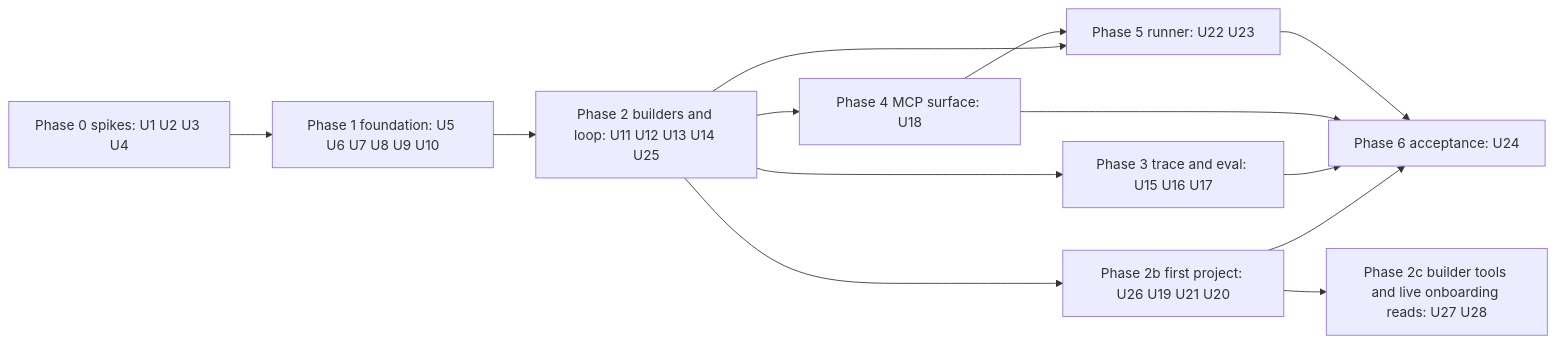
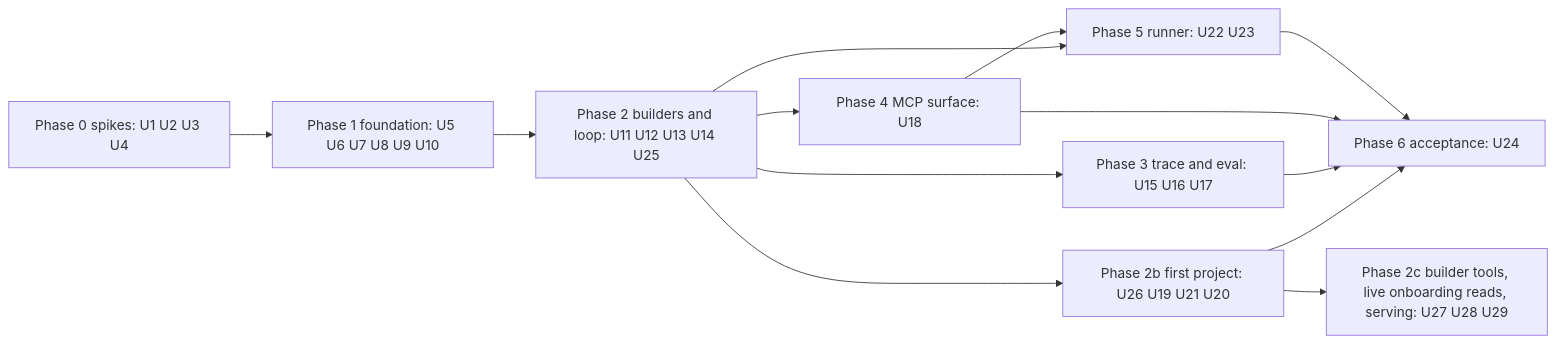
The sixth of 6 diagrams in docs/plans/2026-10-14-1730-feat-slipway-first-version-plan.md (philgutowski/Phactory), drawn with Mermaid before and after one commit. The commit also changed other lines of this file and 1 other file, not shown here.

First line of the commit message:
Plan U29, serving the app and the worker on the VPS (#98)

````diff
--- a/docs/plans/2026-10-14-1730-feat-slipway-first-version-plan.md
+++ b/docs/plans/2026-10-14-1730-feat-slipway-first-version-plan.md
@@ -606,15 +608,15 @@
 ```mermaid
 flowchart LR
   P0[Phase 0 spikes: U1 U2 U3 U4] --> P1[Phase 1 foundation: U5 U6 U7 U8 U9 U10]
   P1 --> P2[Phase 2 builders and loop: U11 U12 U13 U14 U25]
   P2 --> P3[Phase 3 trace and eval: U15 U16 U17]
   P2 --> P4[Phase 4 MCP surface: U18]
   P2 --> P5[Phase 5 runner: U22 U23]
   P4 --> P5
   P2 --> P7[Phase 2b first project: U26 U19 U21 U20]
-  P7 --> P8[Phase 2c builder tools and live onboarding reads: U27 U28]
+  P7 --> P8[Phase 2c builder tools, live onboarding reads, serving: U27 U28 U29]
   P7 --> P6
   P3 --> P6[Phase 6 acceptance: U24]
   P4 --> P6
   P5 --> P6
 ```
````
